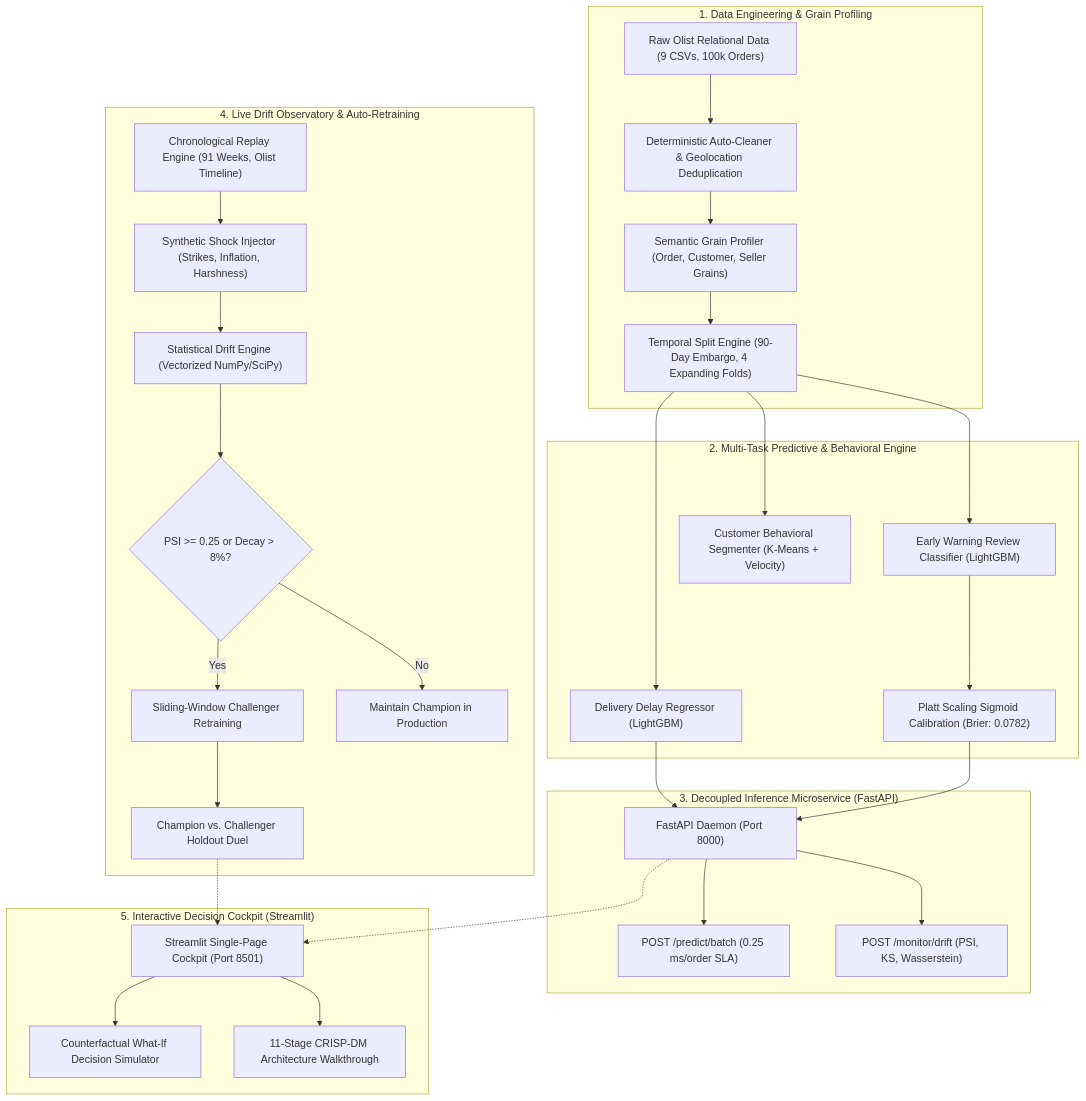
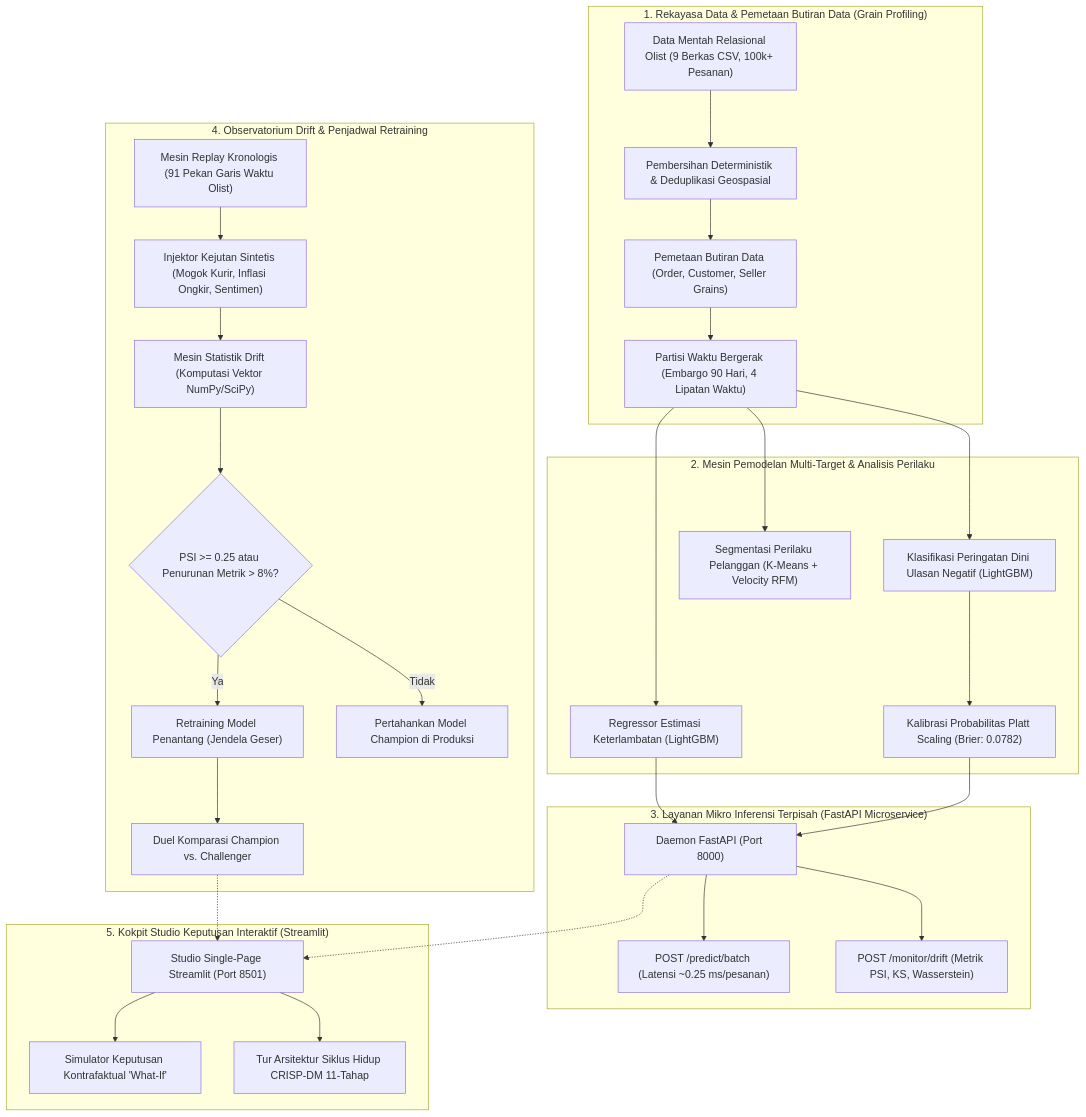
Before and after one commit to noorafaelhakimfaudka-droid/Core-Strategy-Intelligence-Platform: the diagram in README.md, drawn with Mermaid. The commit also changed other lines of this file, not shown here.

````diff
--- a/README.md
+++ b/README.md
@@ -37,38 +37,38 @@
 ```mermaid
 flowchart TD
-    subgraph Data_Layer ["1. Data Engineering & Grain Profiling"]
-        RAW["Raw Olist Relational Data (9 CSVs, 100k Orders)"] --> CLEAN["Deterministic Auto-Cleaner & Geolocation Deduplication"]
-        CLEAN --> GRAIN["Semantic Grain Profiler (Order, Customer, Seller Grains)"]
-        GRAIN --> EMBARGO["Temporal Split Engine (90-Day Embargo, 4 Expanding Folds)"]
+    subgraph Data_Layer ["1. Rekayasa Data & Pemetaan Butiran Data (Grain Profiling)"]
+        RAW["Data Mentah Relasional Olist (9 Berkas CSV, 100k+ Pesanan)"] --> CLEAN["Pembersihan Deterministik & Deduplikasi Geospasial"]
+        CLEAN --> GRAIN["Pemetaan Butiran Data (Order, Customer, Seller Grains)"]
+        GRAIN --> EMBARGO["Partisi Waktu Bergerak (Embargo 90 Hari, 4 Lipatan Waktu)"]
     end
 
-    subgraph Modeling_Layer ["2. Multi-Task Predictive & Behavioral Engine"]
-        EMBARGO --> TRAIN_REG["Delivery Delay Regressor (LightGBM)"]
-        EMBARGO --> TRAIN_CLF["Early Warning Review Classifier (LightGBM)"]
-        EMBARGO --> CLUST["Customer Behavioral Segmenter (K-Means + Velocity)"]
-        TRAIN_CLF --> CALIB["Platt Scaling Sigmoid Calibration (Brier: 0.0782)"]
+    subgraph Modeling_Layer ["2. Mesin Pemodelan Multi-Target & Analisis Perilaku"]
+        EMBARGO --> TRAIN_REG["Regressor Estimasi Keterlambatan (LightGBM)"]
+        EMBARGO --> TRAIN_CLF["Klasifikasi Peringatan Dini Ulasan Negatif (LightGBM)"]
+        EMBARGO --> CLUST["Segmentasi Perilaku Pelanggan (K-Means + Velocity RFM)"]
+        TRAIN_CLF --> CALIB["Kalibrasi Probabilitas Platt Scaling (Brier: 0.0782)"]
     end
 
-    subgraph Serving_Layer ["3. Decoupled Inference Microservice (FastAPI)"]
-        TRAIN_REG --> API_SRV["FastAPI Daemon (Port 8000)"]
+    subgraph Serving_Layer ["3. Layanan Mikro Inferensi Terpisah (FastAPI Microservice)"]
+        TRAIN_REG --> API_SRV["Daemon FastAPI (Port 8000)"]
         CALIB --> API_SRV
-        API_SRV --> END_PRED["POST /predict/batch (0.25 ms/order SLA)"]
-        API_SRV --> END_DRIFT["POST /monitor/drift (PSI, KS, Wasserstein)"]
+        API_SRV --> END_PRED["POST /predict/batch (Latensi ~0.25 ms/pesanan)"]
+        API_SRV --> END_DRIFT["POST /monitor/drift (Metrik PSI, KS, Wasserstein)"]
     end
 
-    subgraph Monitoring_Layer ["4. Live Drift Observatory & Auto-Retraining"]
-        STREAM["Chronological Replay Engine (91 Weeks, Olist Timeline)"] --> SHOCK["Synthetic Shock Injector (Strikes, Inflation, Harshness)"]
-        SHOCK --> DRIFT_ENG["Statistical Drift Engine (Vectorized NumPy/SciPy)"]
-        DRIFT_ENG --> ALERT{"PSI >= 0.25 or Decay > 8%?"}
-        ALERT -- Yes --> RETRAIN["Sliding-Window Challenger Retraining"]
-        RETRAIN --> ARENA["Champion vs. Challenger Holdout Duel"]
-        ALERT -- No --> STABLE["Maintain Champion in Production"]
+    subgraph Monitoring_Layer ["4. Observatorium Drift & Penjadwal Retraining"]
+        STREAM["Mesin Replay Kronologis (91 Pekan Garis Waktu Olist)"] --> SHOCK["Injektor Kejutan Sintetis (Mogok Kurir, Inflasi Ongkir, Sentimen)"]
+        SHOCK --> DRIFT_ENG["Mesin Statistik Drift (Komputasi Vektor NumPy/SciPy)"]
+        DRIFT_ENG --> ALERT{"PSI >= 0.25 atau Penurunan Metrik > 8%?"}
+        ALERT -- Ya --> RETRAIN["Retraining Model Penantang (Jendela Geser)"]
+        RETRAIN --> ARENA["Duel Komparasi Champion vs. Challenger"]
+        ALERT -- Tidak --> STABLE["Pertahankan Model Champion di Produksi"]
     end
 
-    subgraph UI_Layer ["5. Interactive Decision Cockpit (Streamlit)"]
-        API_SRV -.-> COCKPIT["Streamlit Single-Page Cockpit (Port 8501)"]
+    subgraph UI_Layer ["5. Kokpit Studio Keputusan Interaktif (Streamlit)"]
+        API_SRV -.-> COCKPIT["Studio Single-Page Streamlit (Port 8501)"]
         ARENA -.-> COCKPIT
-        COCKPIT --> SIM["Counterfactual What-If Decision Simulator"]
-        COCKPIT --> WALKTHROUGH["11-Stage CRISP-DM Architecture Walkthrough"]
+        COCKPIT --> SIM["Simulator Keputusan Kontrafaktual 'What-If'"]
+        COCKPIT --> WALKTHROUGH["Tur Arsitektur Siklus Hidup CRISP-DM 11-Tahap"]
     end
 ```
````
